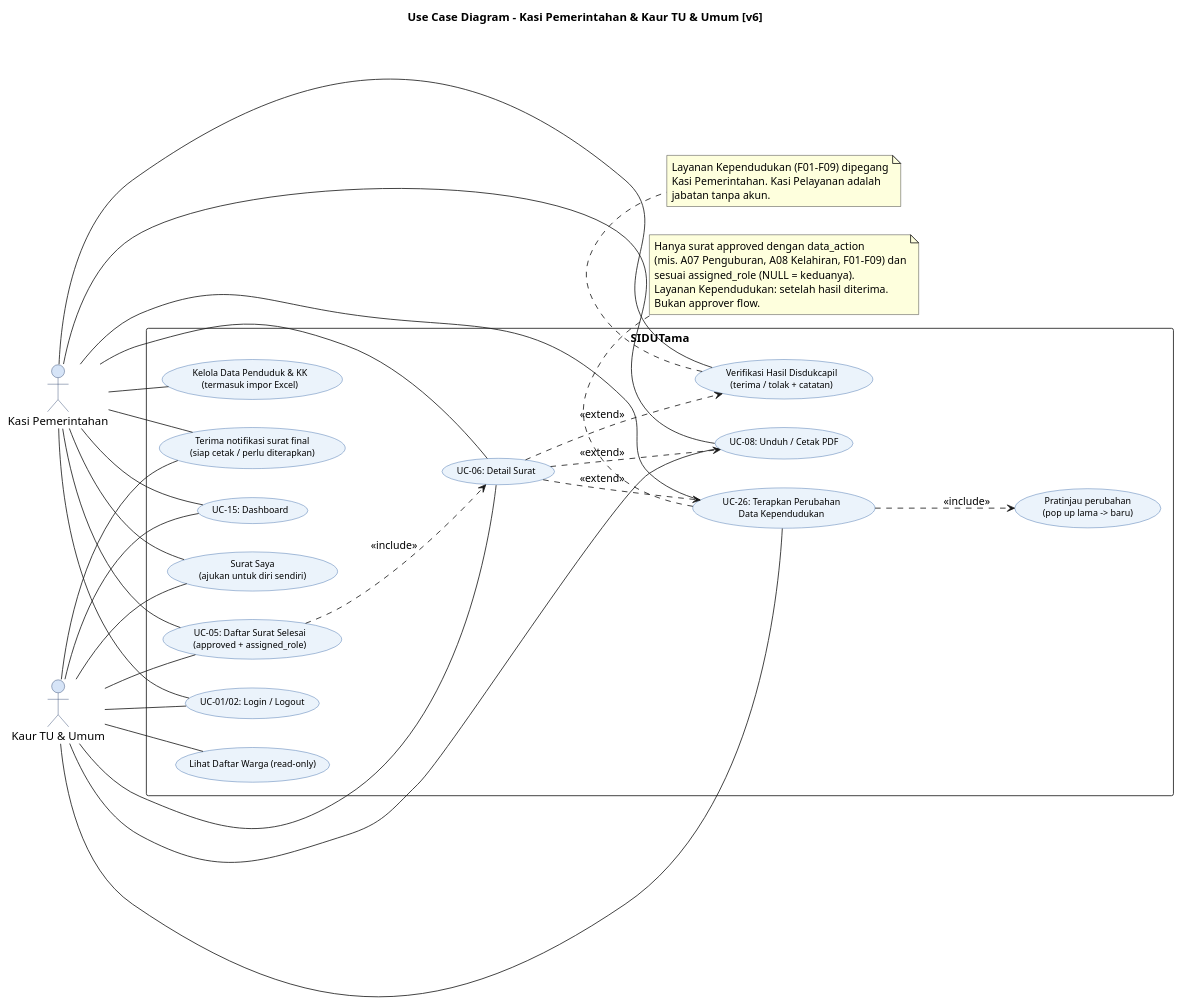
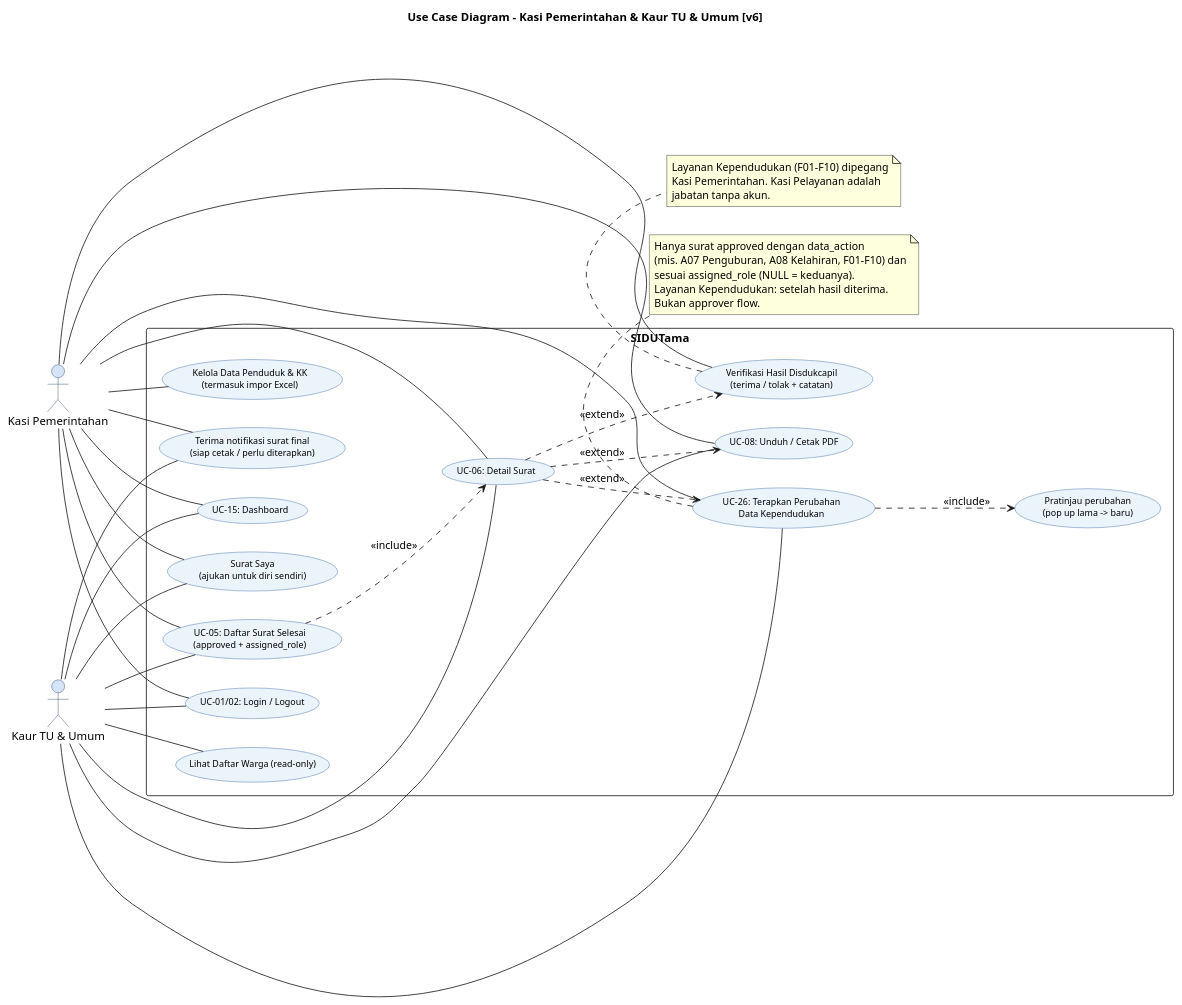
One commit to Vextronode/sid-app changed the diagram in docs/diagram/code/usecase/09_UC_KasiKaur_v6.puml. Above: the diagram before and after it, drawn with PlantUML. The commit also changed 7 other files, not shown here.

```diff
--- a/docs/diagram/code/usecase/09_UC_KasiKaur_v6.puml
+++ b/docs/diagram/code/usecase/09_UC_KasiKaur_v6.puml
@@ -11,73 +11,73 @@
 @startuml UC_KasiKaur_v6
 left to right direction
 skinparam packageStyle rectangle
 skinparam backgroundColor #FFFFFF
 skinparam usecase {
   BackgroundColor #EBF3FB
   BorderColor #2E5FA3
   FontName Arial
   FontSize 11
 }
 skinparam actor {
   BackgroundColor #D6E4F7
   BorderColor #1F3864
 }
 title Use Case Diagram - Kasi Pemerintahan & Kaur TU & Umum [v6]
 
 actor "Kasi Pemerintahan" as KASI
 actor "Kaur TU & Umum" as KAUR
 
 rectangle "SIDUTama" {
   usecase "UC-01/02: Login / Logout" as UC_AUTH
   usecase "Terima notifikasi surat final\n(siap cetak / perlu diterapkan)" as UC_NOTIF
   usecase "UC-05: Daftar Surat Selesai\n(approved + assigned_role)" as UC_LIST
   usecase "UC-06: Detail Surat" as UC_DETAIL
   usecase "UC-08: Unduh / Cetak PDF" as UC_DL
   usecase "UC-26: Terapkan Perubahan\nData Kependudukan" as UC_FULFILL
   usecase "Pratinjau perubahan\n(pop up lama -> baru)" as UC_PREVIEW
   usecase "Verifikasi Hasil Disdukcapil\n(terima / tolak + catatan)" as UC_RESULT
   usecase "Lihat Daftar Warga (read-only)" as UC_CIT
   usecase "Kelola Data Penduduk & KK\n(termasuk impor Excel)" as UC_CITMANAGE
   usecase "UC-15: Dashboard" as UC_DASH
   usecase "Surat Saya\n(ajukan untuk diri sendiri)" as UC_SELF
 }
 
 KASI -- UC_AUTH
 KASI -- UC_NOTIF
 KASI -- UC_LIST
 KASI -- UC_DETAIL
 KASI -- UC_DL
 KASI -- UC_FULFILL
 KASI -- UC_RESULT
 KASI -- UC_CITMANAGE
 KASI -- UC_DASH
 KASI -- UC_SELF
 KAUR -- UC_AUTH
 KAUR -- UC_NOTIF
 KAUR -- UC_LIST
 KAUR -- UC_DETAIL
 KAUR -- UC_DL
 KAUR -- UC_FULFILL
 KAUR -- UC_CIT
 KAUR -- UC_DASH
 KAUR -- UC_SELF
 UC_LIST ..> UC_DETAIL : <<include>>
 UC_DETAIL ..> UC_DL : <<extend>>
 UC_DETAIL ..> UC_FULFILL : <<extend>>
 UC_DETAIL ..> UC_RESULT : <<extend>>
 UC_FULFILL ..> UC_PREVIEW : <<include>>
 
 note bottom of UC_FULFILL
   Hanya surat approved dengan data_action
-  (mis. A07 Penguburan, A08 Kelahiran, F01-F09) dan
+  (mis. A07 Penguburan, A08 Kelahiran, F01-F10) dan
   sesuai assigned_role (NULL = keduanya).
   Layanan Kependudukan: setelah hasil diterima.
   Bukan approver flow.
 end note
 
 note bottom of UC_RESULT
-  Layanan Kependudukan (F01-F09) dipegang
+  Layanan Kependudukan (F01-F10) dipegang
   Kasi Pemerintahan. Kasi Pelayanan adalah
   jabatan tanpa akun.
 end note
 @enduml
```
